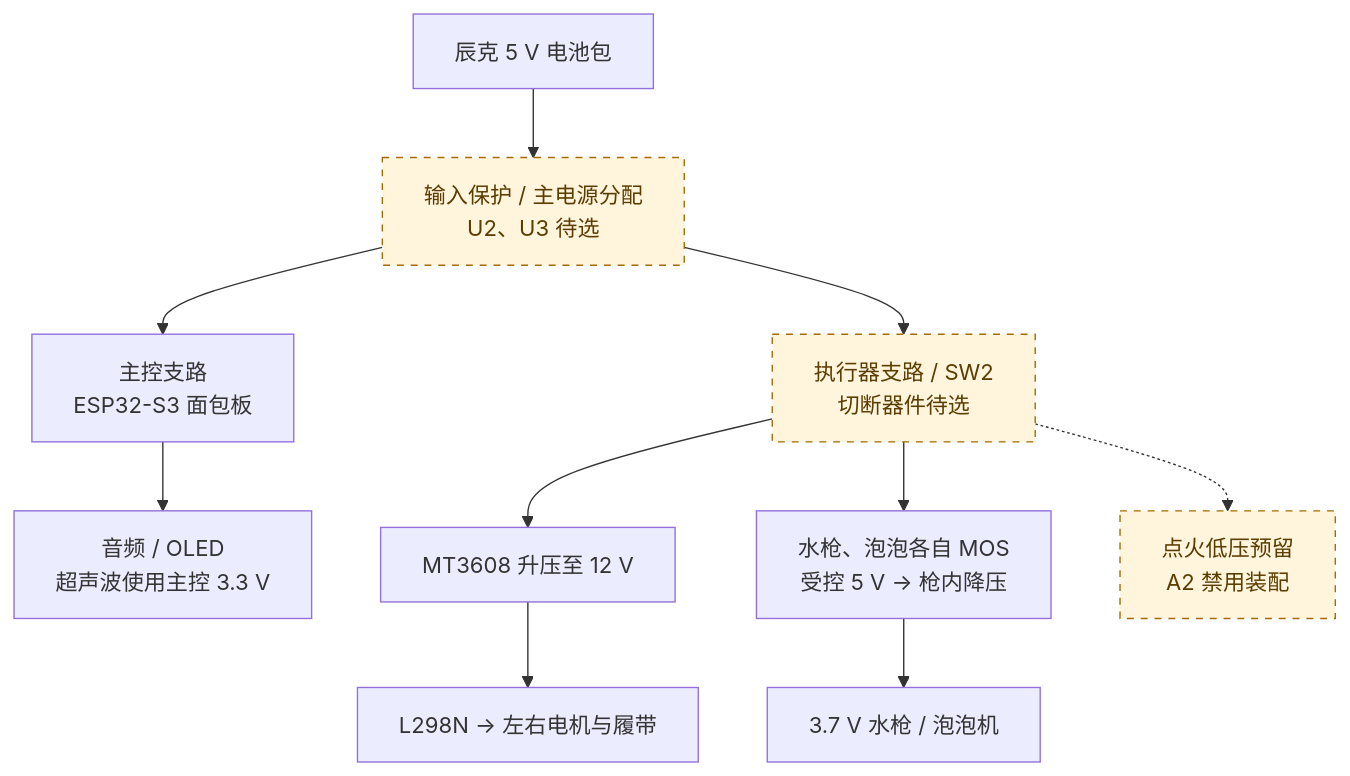
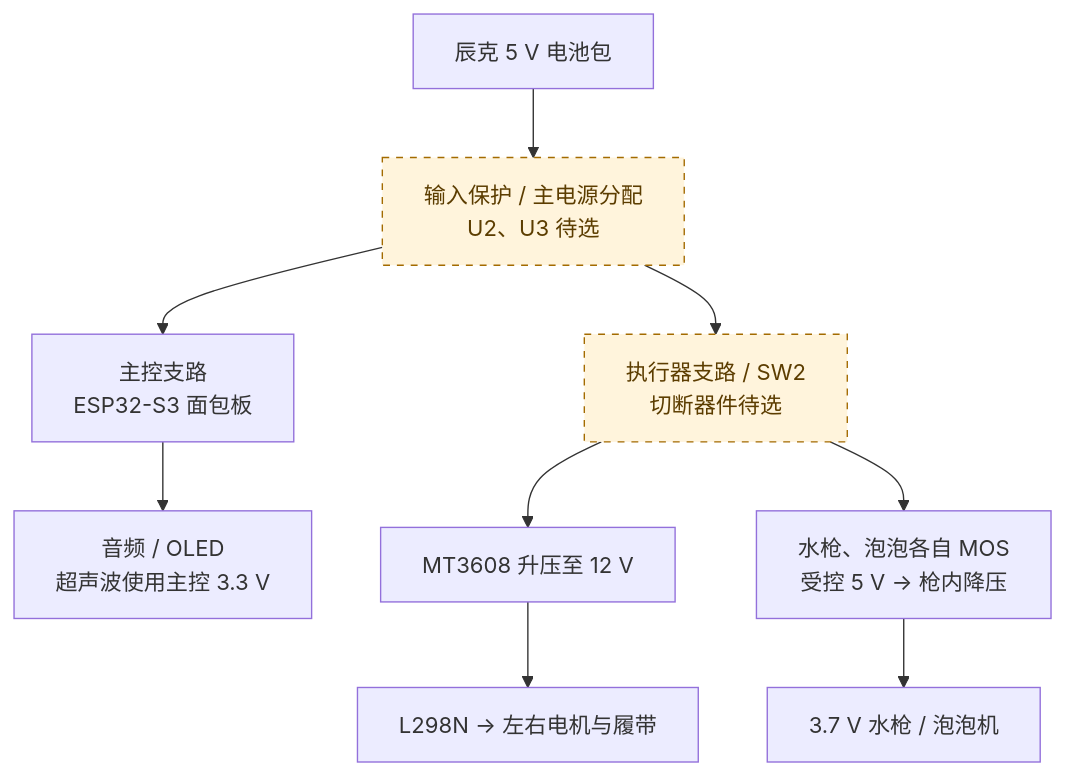
One commit to miclle/cybertrack changed the second of 2 diagrams in README.md. Above: the diagram before and after it, drawn with Mermaid. The commit also changed other lines of this file and 36 other files, not shown here.

````diff
--- a/README.md
+++ b/README.md
@@ -278,14 +277,13 @@
 ```mermaid
 flowchart TB
   BAT["辰克 5 V 电池包"] --> POWER["输入保护 / 主电源分配<br/>U2、U3 待选"]
   POWER --> CTRL["主控支路<br/>ESP32-S3 面包板"]
   POWER --> CUT["执行器支路 / SW2<br/>切断器件待选"]
   CTRL --> AV["音频 / OLED<br/>超声波使用主控 3.3 V"]
   CUT --> BOOST["MT3608 升压至 12 V"]
   BOOST --> DRIVE["L298N → 左右电机与履带"]
   CUT --> MOS["水枪、泡泡各自 MOS<br/>受控 5 V → 枪内降压"]
   MOS --> EFFECT["3.7 V 水枪 / 泡泡机"]
-  CUT -.-> IGN["点火低压预留<br/>A2 禁用装配"]
   classDef pending fill:#fff4dc,stroke:#a36b00,color:#5c3d00,stroke-dasharray:5 5
   class POWER,CUT,IGN pending
 ```
````
